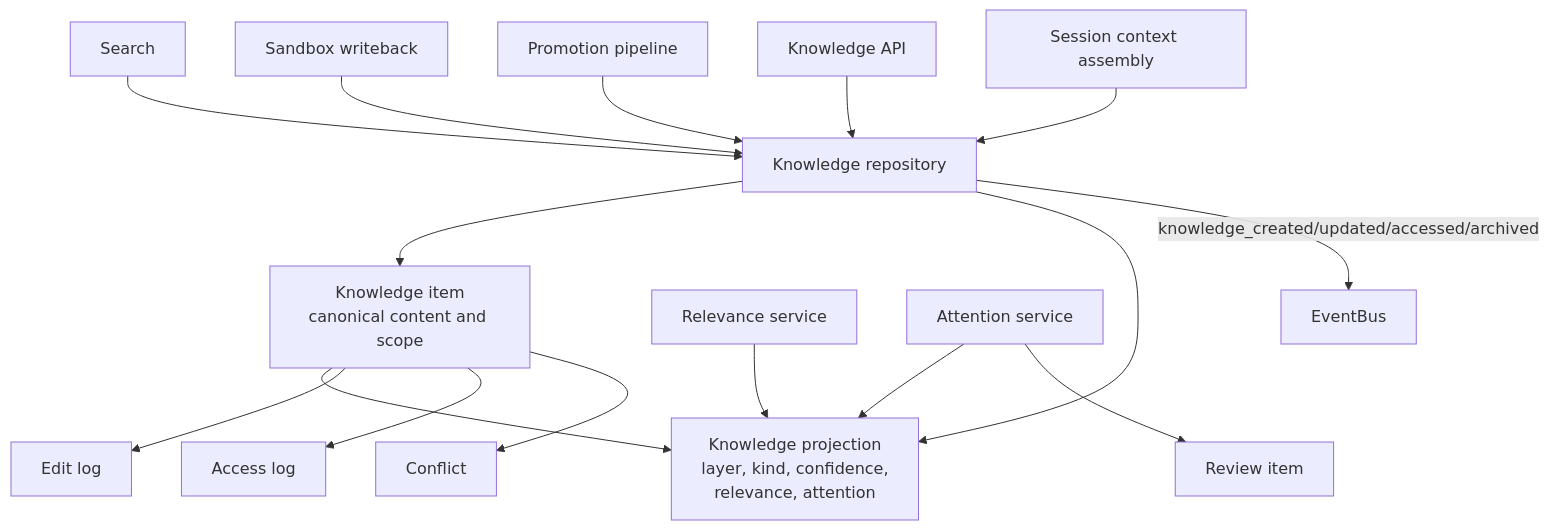
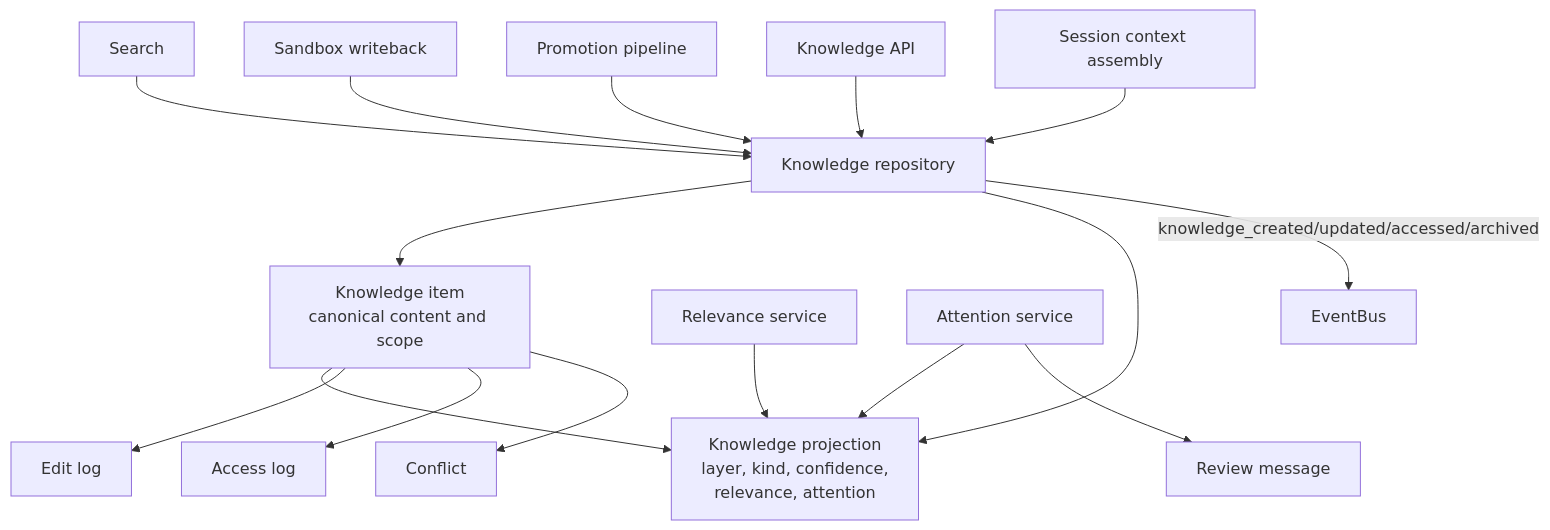
The sixth of 12 diagrams in docs/architecture/as-implemented-domain-architecture.md (idle-builders/hyperidle), drawn with Mermaid before and after one commit. The commit also changed other lines of this file and 491 other files, not shown here.

````diff
--- a/docs/architecture/as-implemented-domain-architecture.md
+++ b/docs/architecture/as-implemented-domain-architecture.md
@@ -189,26 +183,26 @@
 ```mermaid
 flowchart TB
   KnowledgeItem["Knowledge item\ncanonical content and scope"]
   KnowledgeProjection["Knowledge projection\nlayer, kind, confidence,\nrelevance, attention"]
   EditLog["Edit log"]
   AccessLog["Access log"]
   Conflict["Conflict"]
 
   KnowledgeItem --> KnowledgeProjection
   KnowledgeItem --> EditLog
   KnowledgeItem --> AccessLog
   KnowledgeItem --> Conflict
 
   Repository["Knowledge repository"] --> KnowledgeItem
   Repository --> KnowledgeProjection
   Search["Search"] --> Repository
   Relevance["Relevance service"] --> KnowledgeProjection
   Attention["Attention service"] --> KnowledgeProjection
-  Attention --> ReviewItem["Review item"]
+  Attention --> ReviewItem["Review message"]
   Writeback["Sandbox writeback"] --> Repository
   Promotion["Promotion pipeline"] --> Repository
 
   KnowledgeAPI["Knowledge API"] --> Repository
   SessionContext["Session context assembly"] --> Repository
   Repository -- "knowledge_created/updated/accessed/archived" --> Events["EventBus"]
 ```
````
